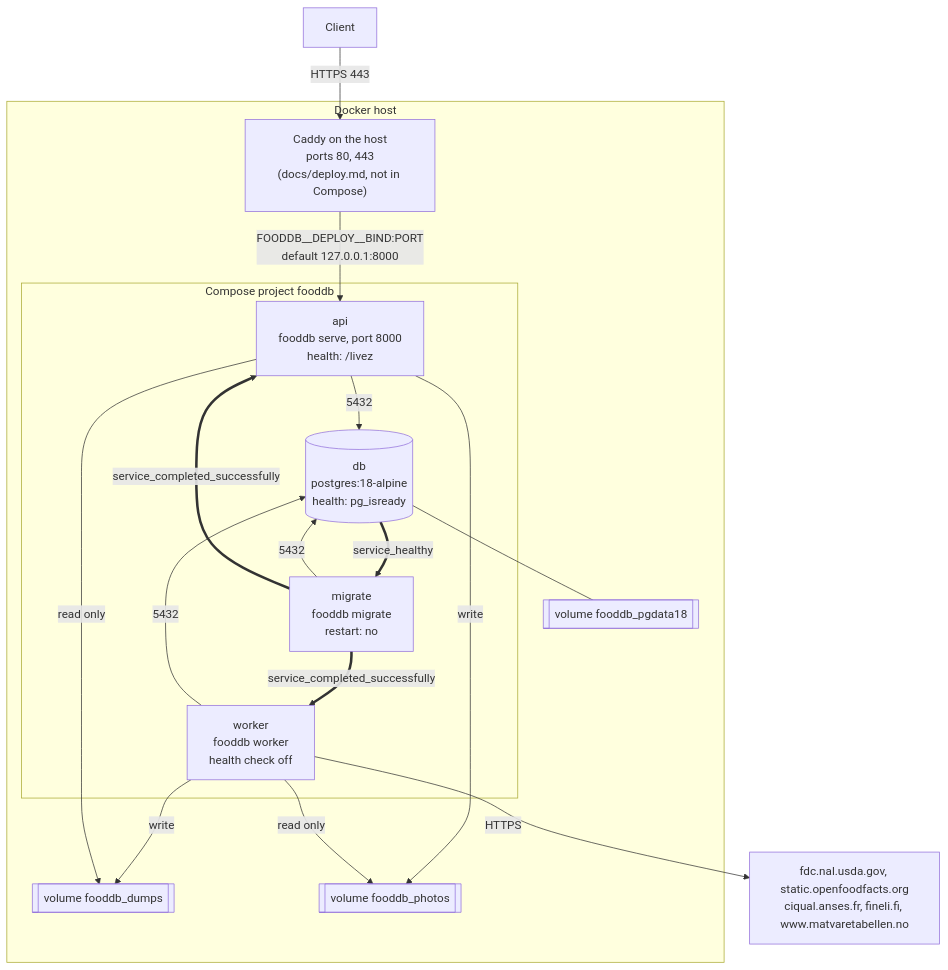
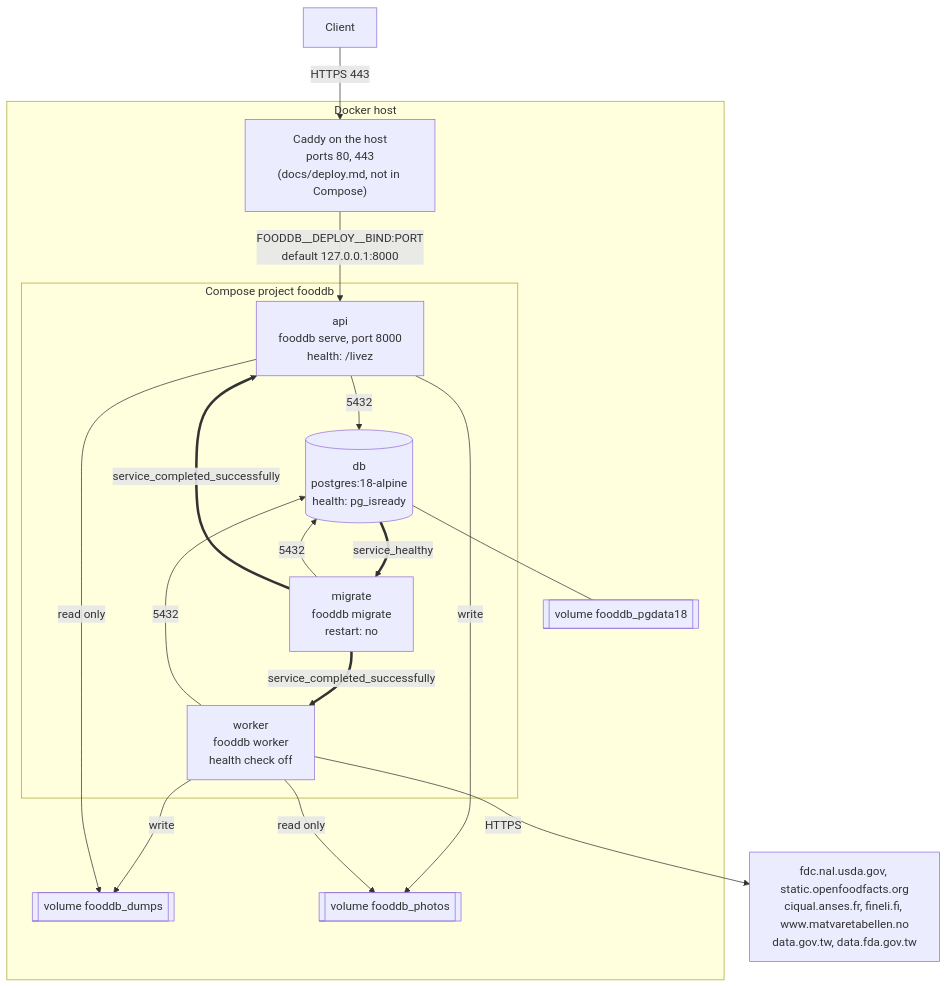
One commit to eait-fit/fooddb changed the second of 19 diagrams in docs/architecture.md. Above: the diagram before and after it, drawn with Mermaid. The commit also changed other lines of this file and 5 other files, not shown here.

First line of the commit message:
docs: TFDA in the README, architecture, design, licence and deploy docs

````diff
--- a/docs/architecture.md
+++ b/docs/architecture.md
@@ -91,31 +92,31 @@
 ```mermaid
 flowchart TB
     client["Client"]
     subgraph host["Docker host"]
         caddy["Caddy on the host<br/>ports 80, 443<br/>(docs/deploy.md, not in Compose)"]
         subgraph stack["Compose project fooddb"]
             dbc[("db<br/>postgres:18-alpine<br/>health: pg_isready")]
             mig["migrate<br/>fooddb migrate<br/>restart: no"]
             apic["api<br/>fooddb serve, port 8000<br/>health: /livez"]
             wk["worker<br/>fooddb worker<br/>health check off"]
         end
         vol[["volume fooddb_pgdata18"]]
         dvol[["volume fooddb_dumps"]]
         pvol[["volume fooddb_photos"]]
     end
-    up["fdc.nal.usda.gov, static.openfoodfacts.org<br/>ciqual.anses.fr, fineli.fi, www.matvaretabellen.no"]
+    up["fdc.nal.usda.gov, static.openfoodfacts.org<br/>ciqual.anses.fr, fineli.fi, www.matvaretabellen.no<br/>data.gov.tw, data.fda.gov.tw"]
     client -->|"HTTPS 443"| caddy
     caddy -->|"FOODDB__DEPLOY__BIND:PORT<br/>default 127.0.0.1:8000"| apic
     dbc --- vol
     wk -->|"write"| dvol
     apic -->|"read only"| dvol
     apic -->|"write"| pvol
     wk -->|"read only"| pvol
     mig -->|5432| dbc
     apic -->|5432| dbc
     wk -->|5432| dbc
     wk -->|HTTPS| up
     dbc ==>|service_healthy| mig
     mig ==>|service_completed_successfully| apic
     mig ==>|service_completed_successfully| wk
 ```
````
